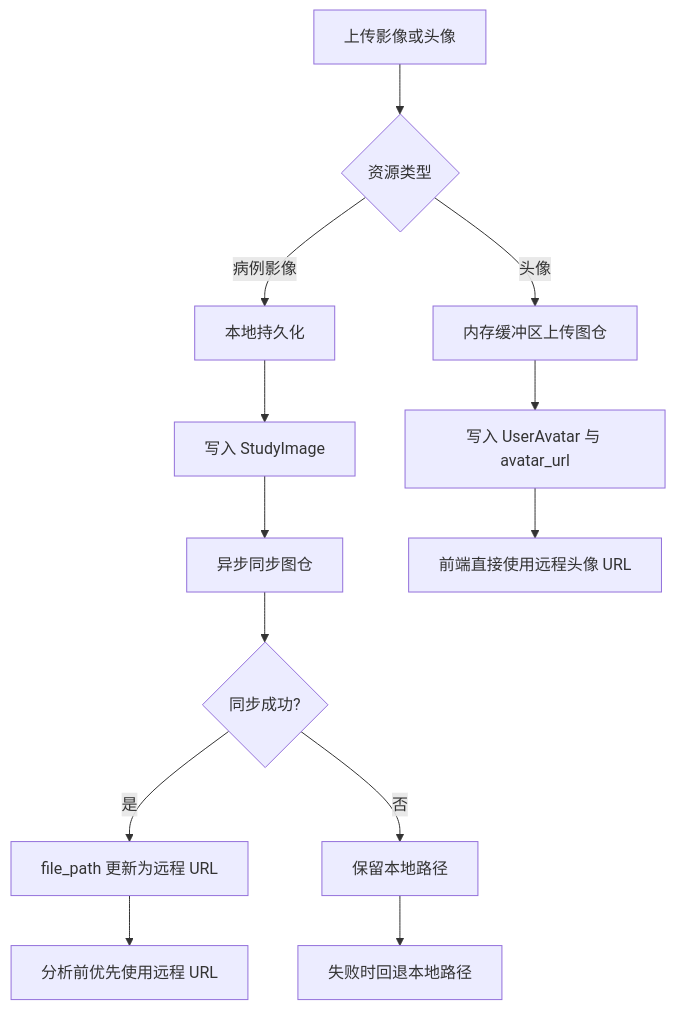
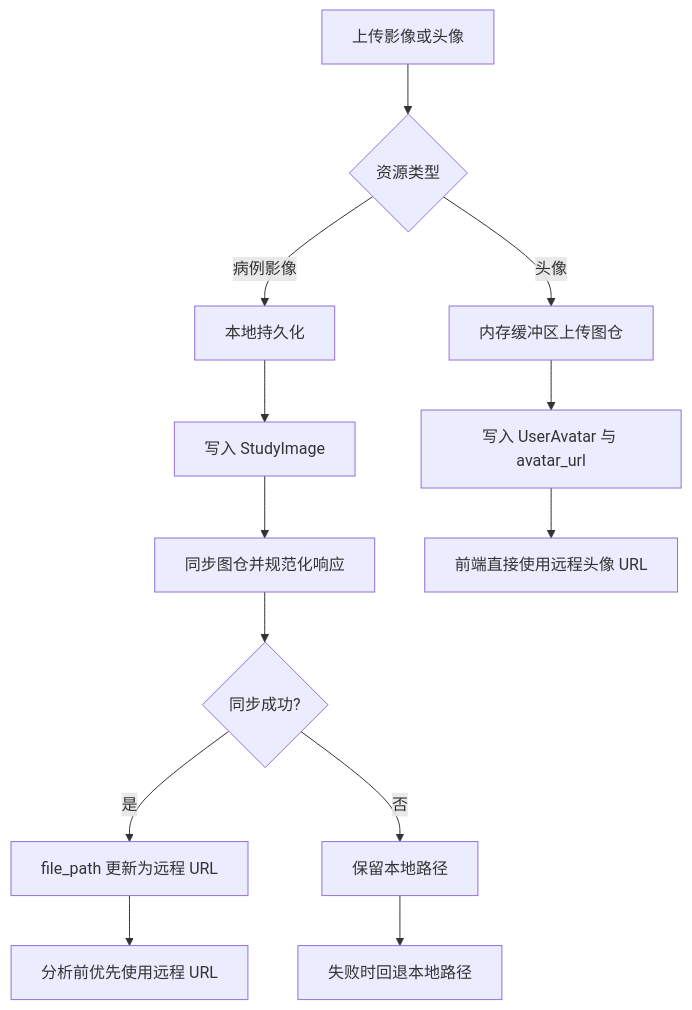
The diagram in wiki/更新日志/2026-03-03-影像存储链路重构与图仓集成.md (xingranya/CervixDetectAI), drawn with Mermaid before and after one commit. The commit also changed other lines of this file and 10 other files, not shown here.

First line of the commit message:
refactor(storage): 优化影像上传路径管理及图仓同步逻辑

````diff
--- a/wiki/更新日志/2026-03-03-影像存储链路重构与图仓集成.md
+++ b/wiki/更新日志/2026-03-03-影像存储链路重构与图仓集成.md
@@ -106,15 +120,15 @@
 ```mermaid
 flowchart TD
   A[上传影像或头像] --> B{资源类型}
   B -->|病例影像| C[本地持久化]
   C --> D[写入 StudyImage]
-  D --> E[异步同步图仓]
+  D --> E[同步图仓并规范化响应]
   E --> F{同步成功?}
   F -->|是| G[file_path 更新为远程 URL]
   F -->|否| H[保留本地路径]
   B -->|头像| I[内存缓冲区上传图仓]
   I --> J[写入 UserAvatar 与 avatar_url]
   G --> K[分析前优先使用远程 URL]
   H --> L[失败时回退本地路径]
   J --> M[前端直接使用远程头像 URL]
 ```
````
